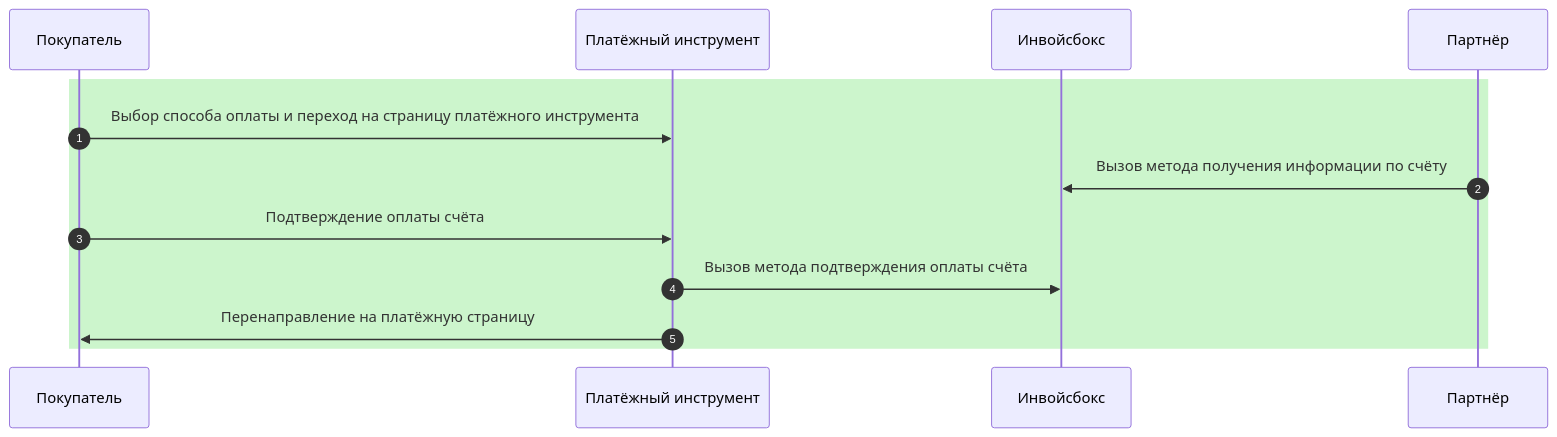
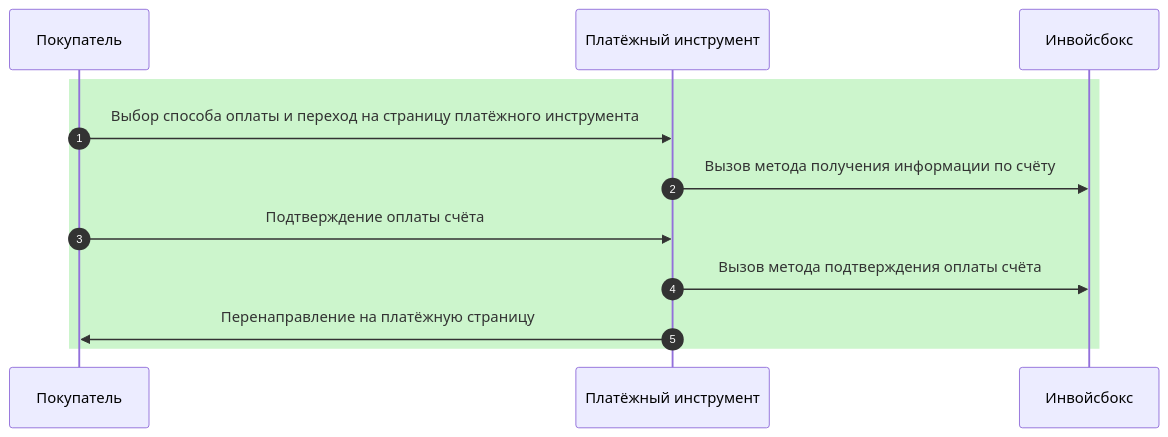
One commit to YIGRIKY/invoicebox-docs changed the diagram in docs/payment/schema.md. Above: the diagram before and after it, drawn with Mermaid.

```diff
--- a/docs/payment/schema.md
+++ b/docs/payment/schema.md
@@ -11,14 +11,14 @@
 <div class="mermaid">
 sequenceDiagram
     autonumber
     participant Покупатель
     participant Платёжный инструмент
     participant Инвойсбокс
     rect rgb(204, 245, 204)
       Покупатель->>Платёжный инструмент: Выбор способа оплаты и переход на страницу платёжного инструмента
-      Партнёр->>Инвойсбокс: Вызов метода получения информации по счёту
+      Платёжный инструмент->>Инвойсбокс: Вызов метода получения информации по счёту
       Покупатель->>Платёжный инструмент: Подтверждение оплаты счёта
       Платёжный инструмент->>Инвойсбокс: Вызов метода подтверждения оплаты счёта
       Платёжный инструмент->>Покупатель: Перенаправление на платёжную страницу
     end
 </div>
```
